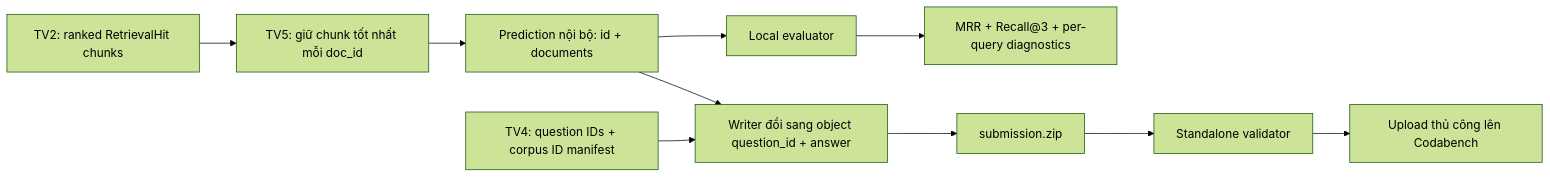
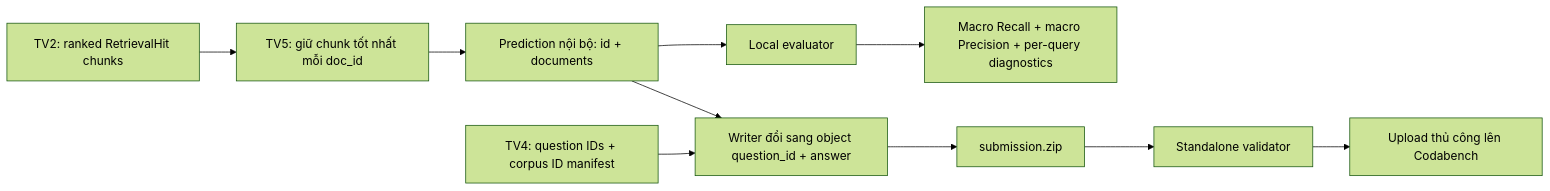
The diagram in docs/tv5_legalir_warmup.md (solvarhuynh/UIT-Data-Science-Challenge-2026), drawn with Mermaid (forest theme) before and after one commit. The commit also changed other lines of this file and 16 other files, not shown here.

Commit message:
fix(tv5): align LegalIR with recall precision scoring

````diff
--- a/docs/tv5_legalir_warmup.md
+++ b/docs/tv5_legalir_warmup.md
@@ -34,12 +44,12 @@
 ```mermaid
 flowchart LR
     A[TV2: ranked RetrievalHit chunks] --> B[TV5: giữ chunk tốt nhất mỗi doc_id]
     B --> C[Prediction nội bộ: id + documents]
     C --> D[Local evaluator]
-    D --> E[MRR + Recall@3 + per-query diagnostics]
+    D --> E[Macro Recall + macro Precision + per-query diagnostics]
     C --> F[Writer đổi sang object question_id + answer]
     G[TV4: question IDs + corpus ID manifest] --> F
     F --> H[submission.zip]
     H --> I[Standalone validator]
     I --> J[Upload thủ công lên Codabench]
 ```
````
